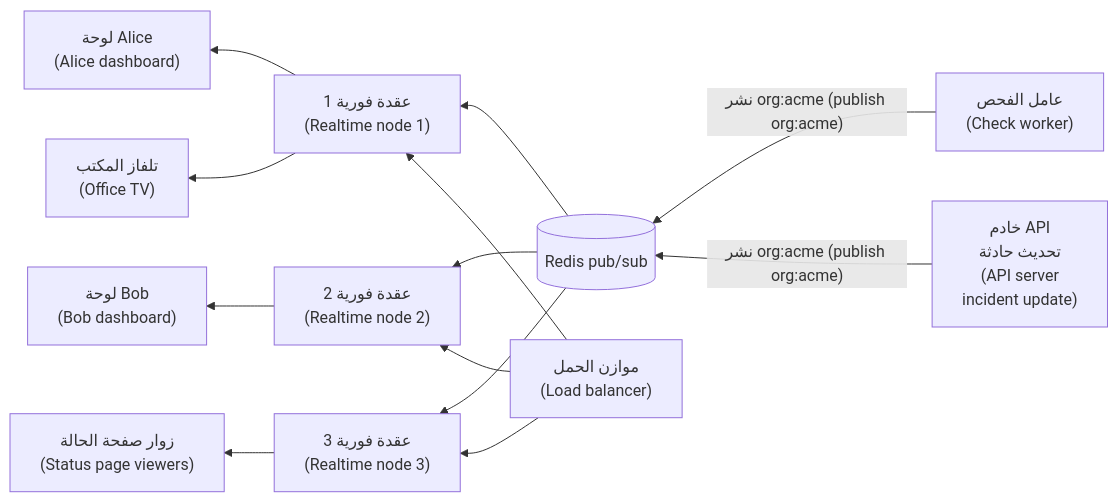
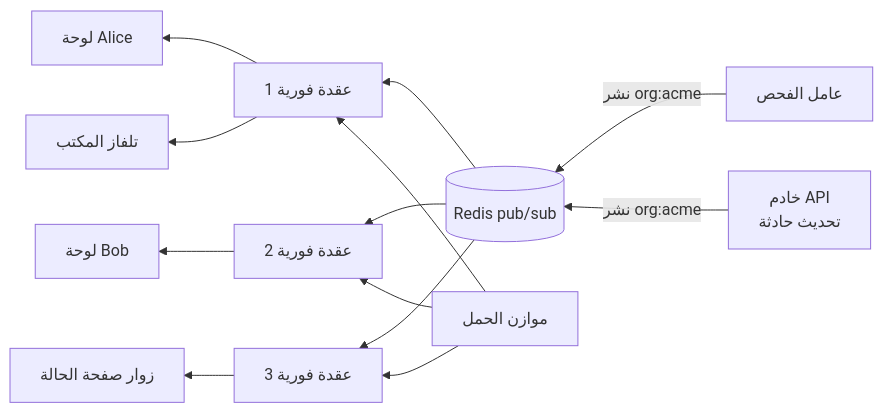
The fifth of 6 diagrams in saas/modules/04-communication.ar.md (Tamoura/system-design-for-vibe-coders), drawn with Mermaid before and after one commit. The commit also changed other lines of this file and 551 other files, not shown here.

````diff
--- a/saas/modules/04-communication.ar.md
+++ b/saas/modules/04-communication.ar.md
@@ -633,15 +633,15 @@
 ```mermaid
 flowchart RL
-    CW["عامل الفحص<br/>(Check worker)"] -- "نشر org:acme (publish org:acme)" --> R[("Redis pub/sub")]
-    API["خادم API<br/>تحديث حادثة<br/>(API server<br/>incident update)"] -- "نشر org:acme (publish org:acme)" --> R
-    R --> S1["عقدة فورية 1<br/>(Realtime node 1)"]
-    R --> S2["عقدة فورية 2<br/>(Realtime node 2)"]
-    R --> S3["عقدة فورية 3<br/>(Realtime node 3)"]
-    S1 --> C1["لوحة Alice<br/>(Alice dashboard)"]
-    S1 --> C2["تلفاز المكتب<br/>(Office TV)"]
-    S2 --> C3["لوحة Bob<br/>(Bob dashboard)"]
-    S3 --> C4["زوار صفحة الحالة<br/>(Status page viewers)"]
-    LB["موازن الحمل<br/>(Load balancer)"] --> S1
+    CW["عامل الفحص"] -- "نشر org:acme" --> R[("Redis pub/sub")]
+    API["خادم API<br/>تحديث حادثة"] -- "نشر org:acme" --> R
+    R --> S1["عقدة فورية 1"]
+    R --> S2["عقدة فورية 2"]
+    R --> S3["عقدة فورية 3"]
+    S1 --> C1["لوحة Alice"]
+    S1 --> C2["تلفاز المكتب"]
+    S2 --> C3["لوحة Bob"]
+    S3 --> C4["زوار صفحة الحالة"]
+    LB["موازن الحمل"] --> S1
     LB --> S2
     LB --> S3
 ```
````
